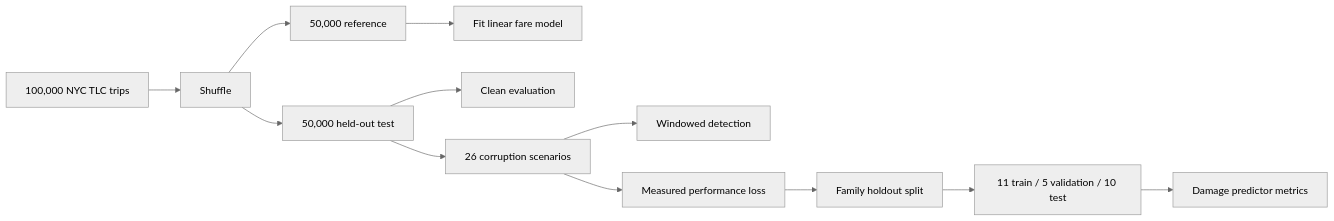
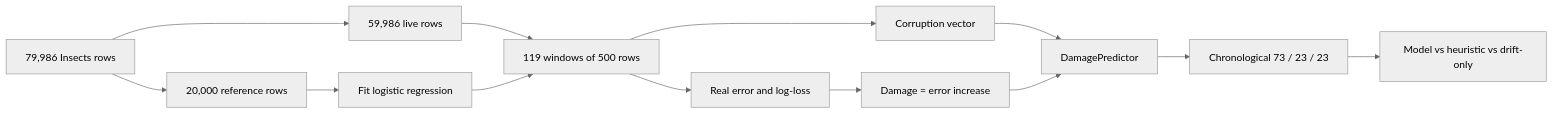
Before and after one commit to DhanushPillay/Driftalytics: the third of 3 diagrams in README.md, drawn with Mermaid (neutral theme). The commit also changed other lines of this file, not shown here.

Commit message:
Document real-data benchmark results

````diff
--- a/README.md
+++ b/README.md
@@ -182,14 +228,15 @@
 ```mermaid
 flowchart LR
-    A[100,000 NYC TLC trips] --> B[Shuffle]
-    B --> C[50,000 reference]
-    B --> D[50,000 held-out test]
-    C --> E[Fit linear fare model]
-    D --> F[Clean evaluation]
-    D --> G[26 corruption scenarios]
-    G --> H[Windowed detection]
-    G --> I[Measured performance loss]
-    I --> J[Family holdout split]
-    J --> K[11 train / 5 validation / 10 test]
-    K --> L[Damage predictor metrics]
+    A[79,986 Insects rows] --> B[20,000 reference rows]
+    A --> C[59,986 live rows]
+    B --> D[Fit logistic regression]
+    C --> E[119 windows of 500 rows]
+    D --> E
+    E --> F[Real error and log-loss]
+    F --> G[Damage = error increase]
+    E --> H[Corruption vector]
+    H --> I[DamagePredictor]
+    G --> I
+    I --> J[Chronological 73 / 23 / 23]
+    J --> K[Model vs heuristic vs drift-only]
 ```
````
